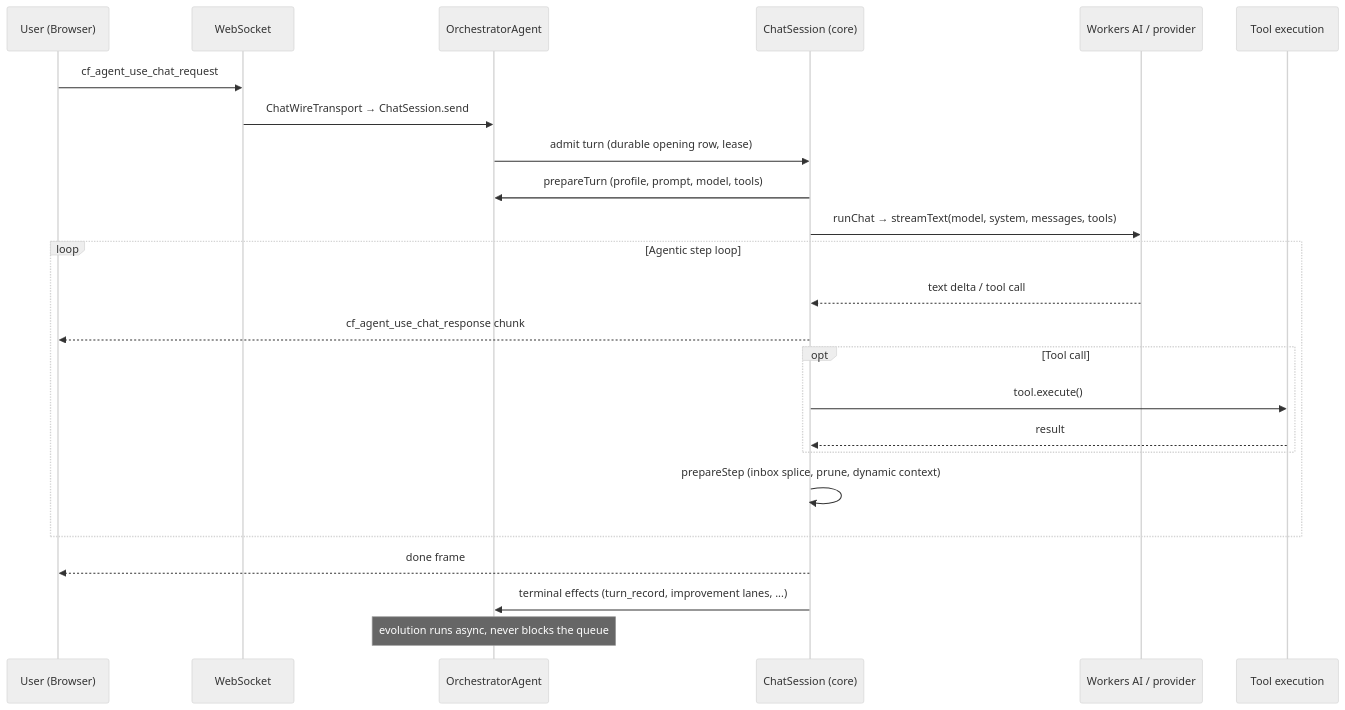
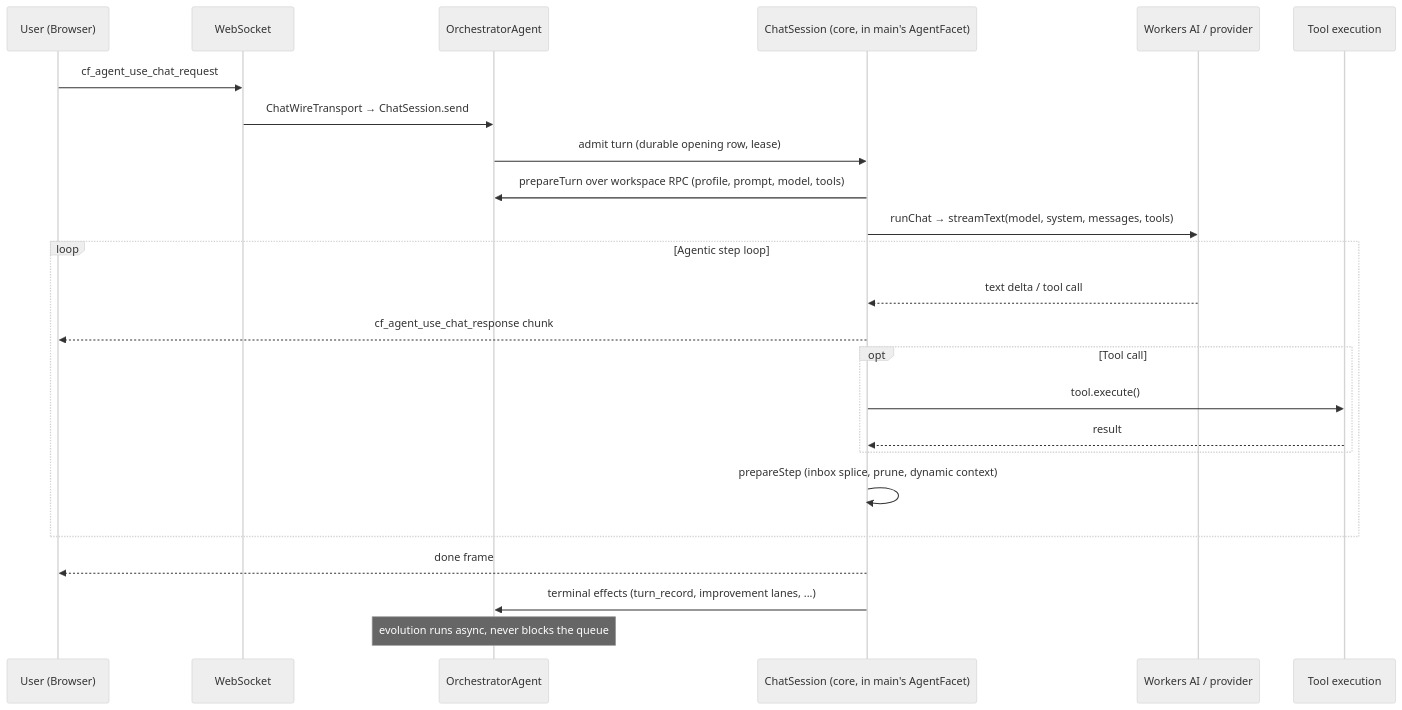
Before and after one commit to AshishKumar4/kinu: the fourth of 5 diagrams in docs/ARCHITECTURE.md, drawn with Mermaid (neutral theme). The commit also changed other lines of this file and 36 other files, not shown here.

First line of the commit message:
docs: the architecture diagrams say what the code does

````diff
--- a/docs/ARCHITECTURE.md
+++ b/docs/ARCHITECTURE.md
@@ -348,27 +346,27 @@
 ```mermaid
 sequenceDiagram
     participant U as User (Browser)
     participant WS as WebSocket
     participant T as OrchestratorAgent
-    participant C as ChatSession (core)
+    participant C as ChatSession (core, in main's AgentFacet)
     participant LLM as Workers AI / provider
     participant Tools as Tool execution
 
     U->>WS: cf_agent_use_chat_request
     WS->>T: ChatWireTransport → ChatSession.send
     T->>C: admit turn (durable opening row, lease)
-    C->>T: prepareTurn (profile, prompt, model, tools)
+    C->>T: prepareTurn over workspace RPC (profile, prompt, model, tools)
     C->>LLM: runChat → streamText(model, system, messages, tools)
     loop Agentic step loop
         LLM-->>C: text delta / tool call
         C-->>U: cf_agent_use_chat_response chunk
         opt Tool call
             C->>Tools: tool.execute()
             Tools-->>C: result
         end
         C->>C: prepareStep (inbox splice, prune, dynamic context)
     end
     C-->>U: done frame
     C->>T: terminal effects (turn_record, improvement lanes, ...)
     Note over T: evolution runs async, never blocks the queue
 ```
````
